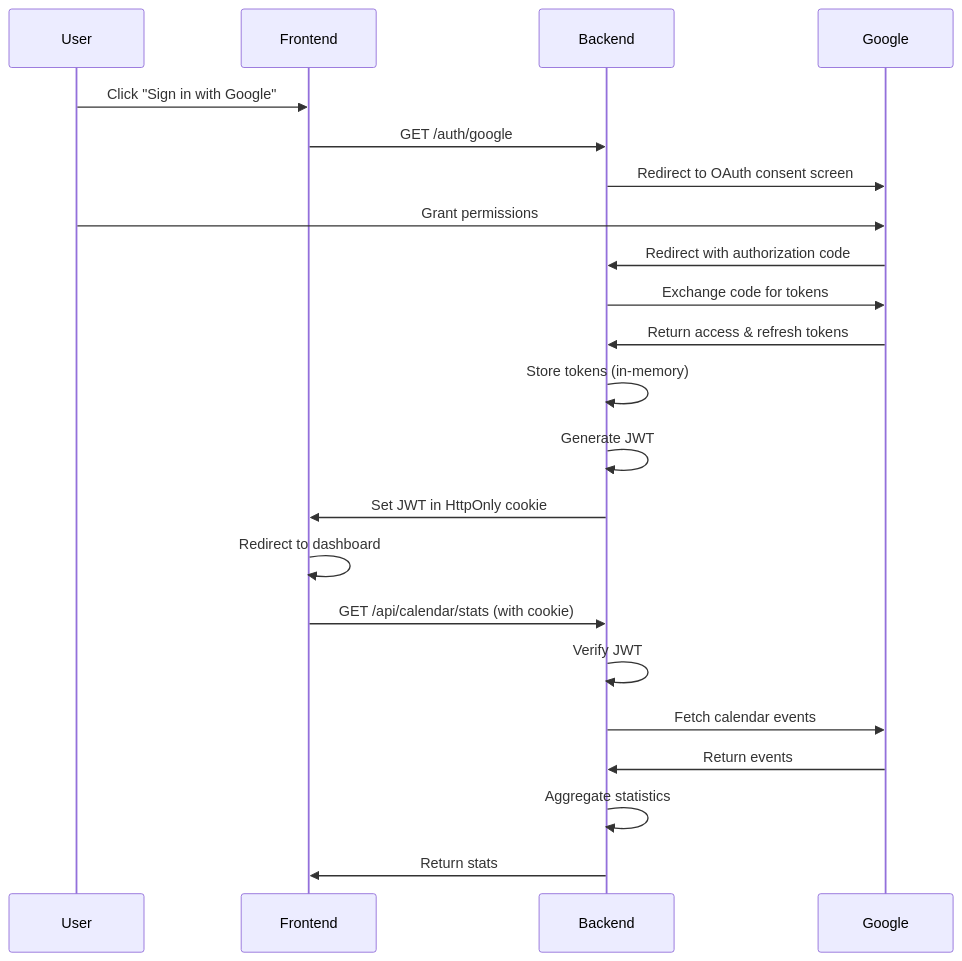
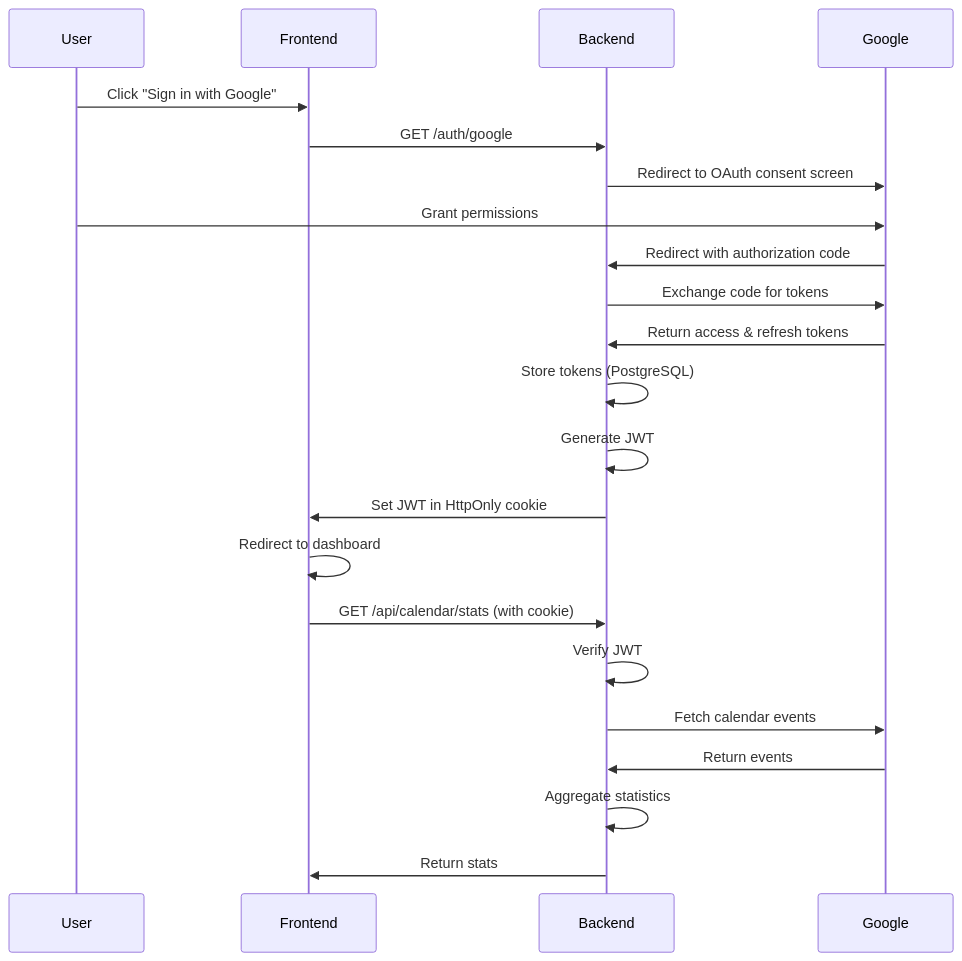
One commit to Alia1234567/cursor-proj changed the diagram in README.md. Above: the diagram before and after it, drawn with Mermaid. The commit also changed other lines of this file and 19 other files, not shown here.

Commit message:
Add PostgreSQL storage for OAuth tokens with in-memory fallback (fixes #2)

````diff
--- a/README.md
+++ b/README.md
@@ -39,25 +40,25 @@
 ```mermaid
 sequenceDiagram
     participant User
     participant Frontend
     participant Backend
     participant Google
 
     User->>Frontend: Click "Sign in with Google"
     Frontend->>Backend: GET /auth/google
     Backend->>Google: Redirect to OAuth consent screen
     User->>Google: Grant permissions
     Google->>Backend: Redirect with authorization code
     Backend->>Google: Exchange code for tokens
     Google->>Backend: Return access & refresh tokens
-    Backend->>Backend: Store tokens (in-memory)
+    Backend->>Backend: Store tokens (PostgreSQL)
     Backend->>Backend: Generate JWT
     Backend->>Frontend: Set JWT in HttpOnly cookie
     Frontend->>Frontend: Redirect to dashboard
     Frontend->>Backend: GET /api/calendar/stats (with cookie)
     Backend->>Backend: Verify JWT
     Backend->>Google: Fetch calendar events
     Google->>Backend: Return events
     Backend->>Backend: Aggregate statistics
     Backend->>Frontend: Return stats
 ```
````
